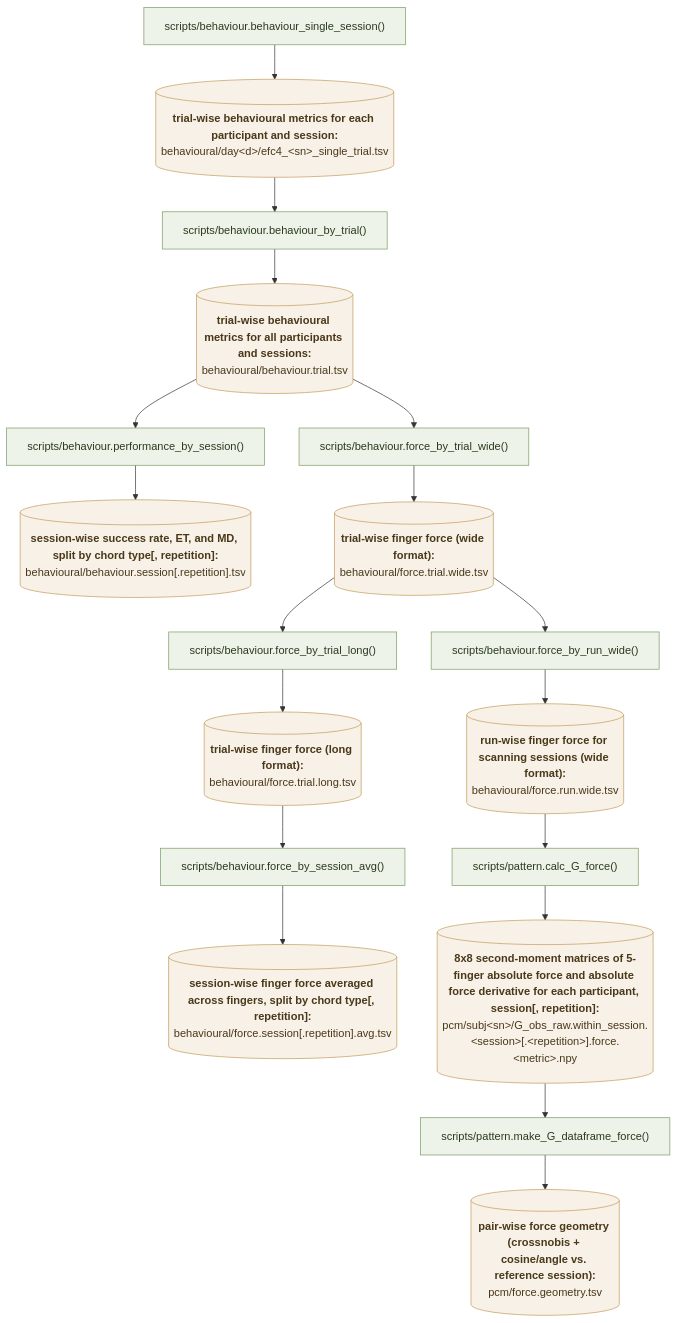
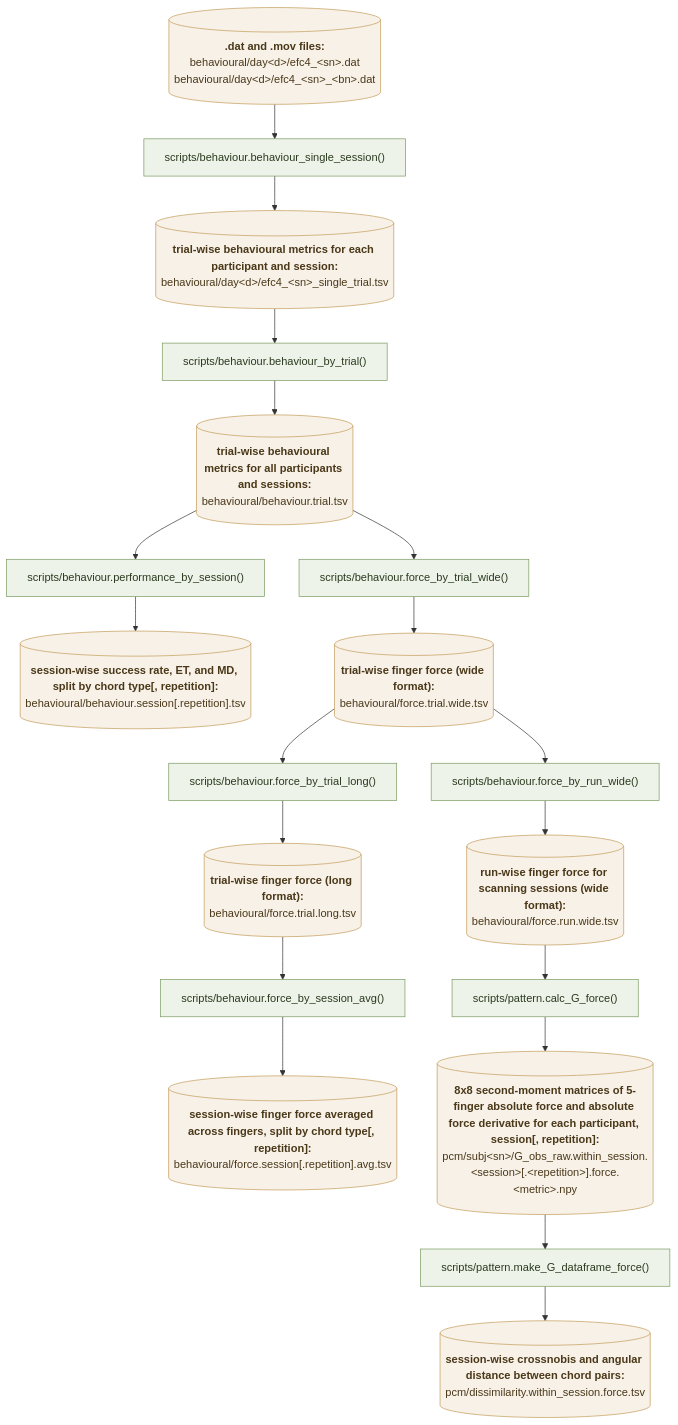
Before and after one commit to mnlmrc/extension-flexion-chords: the first of 2 diagrams in README.md, drawn with Mermaid. The commit also changed other lines of this file and 3 other files, not shown here.

````diff
--- a/README.md
+++ b/README.md
@@ -18,57 +18,59 @@
 ```mermaid
 flowchart TD
     %% ---------- single trial ----------
+    RAW_BEHAV[("<b>.dat and .mov files:</b><br/>behavioural/day&lt;d&gt;/efc4_&lt;sn&gt;.dat<br/>behavioural/day&lt;d&gt;/efc4_&lt;sn&gt;_&lt;bn&gt;.dat")]:::data
     ST["scripts/behaviour.behaviour_single_session()"]:::code
     STTSV[("<b>trial-wise behavioural metrics for each participant and session:</b><br/>behavioural/day&lt;d&gt;/efc4_&lt;sn&gt;_single_trial.tsv")]:::data
 
+    RAW_BEHAV --> ST
     ST --> STTSV
 
     %% ---------- summary ----------
     F_TRIAL["scripts/behaviour.behaviour_by_trial()"]:::code
     F_SESS["scripts/behaviour.performance_by_session()"]:::code
     F_FWIDE["scripts/behaviour.force_by_trial_wide()"]:::code
     F_FRUN["scripts/behaviour.force_by_run_wide()"]:::code
     F_FLONG["scripts/behaviour.force_by_trial_long()"]:::code
     F_FSESS["scripts/behaviour.force_by_session_avg()"]:::code
 
     TRIAL[("<b>trial-wise behavioural metrics for all participants and sessions:</b><br/>behavioural/behaviour.trial.tsv")]:::data
     
     PERF_REP[("<b>session-wise success rate, ET, and MD, split by chord type[, repetition]:</b><br/>behavioural/behaviour.session[.repetition].tsv")]:::data
     
     FWIDE[("<b>trial-wise finger force (wide format):</b><br/>behavioural/force.trial.wide.tsv")]:::data
     FLONG[("<b>trial-wise finger force (long format):</b><br/>behavioural/force.trial.long.tsv")]:::data
     FSESS_REP[("<b>session-wise finger force averaged across fingers, split by chord type[, repetition]:</b><br/>behavioural/force.session[.repetition].avg.tsv")]:::data
     FFMRI[("<b>run-wise finger force for scanning sessions (wide format):</b><br/>behavioural/force.run.wide.tsv")]:::data
 
     %% ---------- force pattern analysis ----------
     P_GFORCE["scripts/pattern.calc_G_force()"]:::code
     P_DFFORCE["scripts/pattern.make_G_dataframe_force()"]:::code
 
     GFORCE[("<b>8x8 second-moment matrices of 5-finger absolute force and absolute force derivative for each participant, session[, repetition]:</b><br/>pcm/subj&lt;sn&gt;/G_obs_raw.within_session.&lt;session&gt;[.&lt;repetition&gt;].force.&lt;metric&gt;.npy")]:::data
-    DFFORCE[("<b>pair-wise force geometry (crossnobis + cosine/angle vs. reference session):</b><br/>pcm/force.geometry.tsv")]:::data
+    DFFORCE[("<b>session-wise crossnobis and angular distance between chord pairs:</b><br/>pcm/dissimilarity.within_session.force.tsv")]:::data
 
     %% performance
     STTSV --> F_TRIAL
     F_TRIAL --> TRIAL
     TRIAL --> F_SESS
     F_SESS --> PERF_REP
 
     %% force
     TRIAL --> F_FWIDE
     F_FWIDE --> FWIDE
     FWIDE --> F_FRUN
     F_FRUN --> FFMRI
     FWIDE --> F_FLONG
     F_FLONG --> FLONG
     FLONG --> F_FSESS
     F_FSESS --> FSESS_REP
 
     %% force pattern analysis
     FFMRI --> P_GFORCE
     P_GFORCE --> GFORCE
     GFORCE --> P_DFFORCE
     P_DFFORCE --> DFFORCE
 
     classDef code  fill:#eef3ea,stroke:#7a9a5f,color:#2a3a1e;
     classDef data  fill:#f7f1e8,stroke:#c39b56,color:#4a3818;
 ```
````
